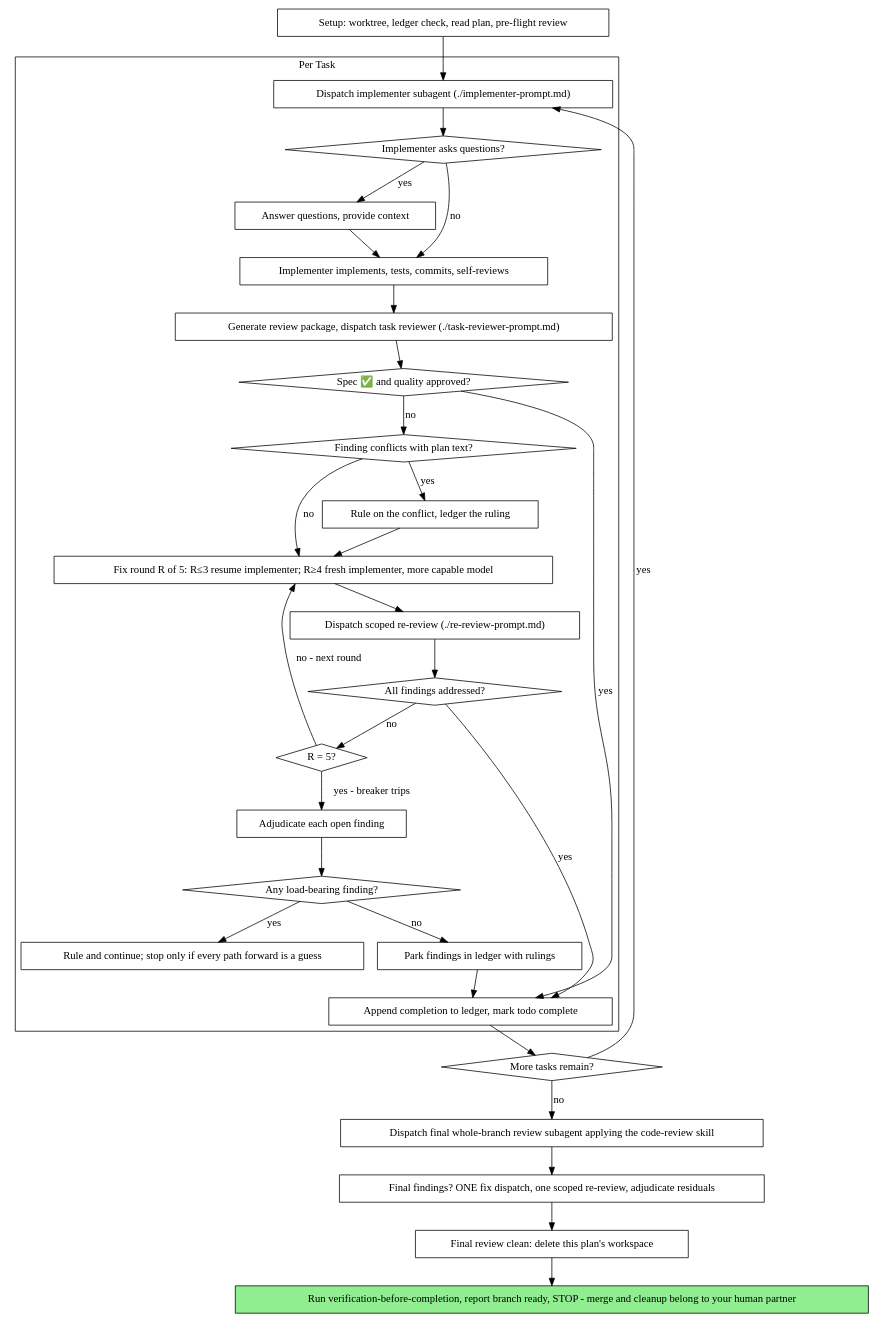
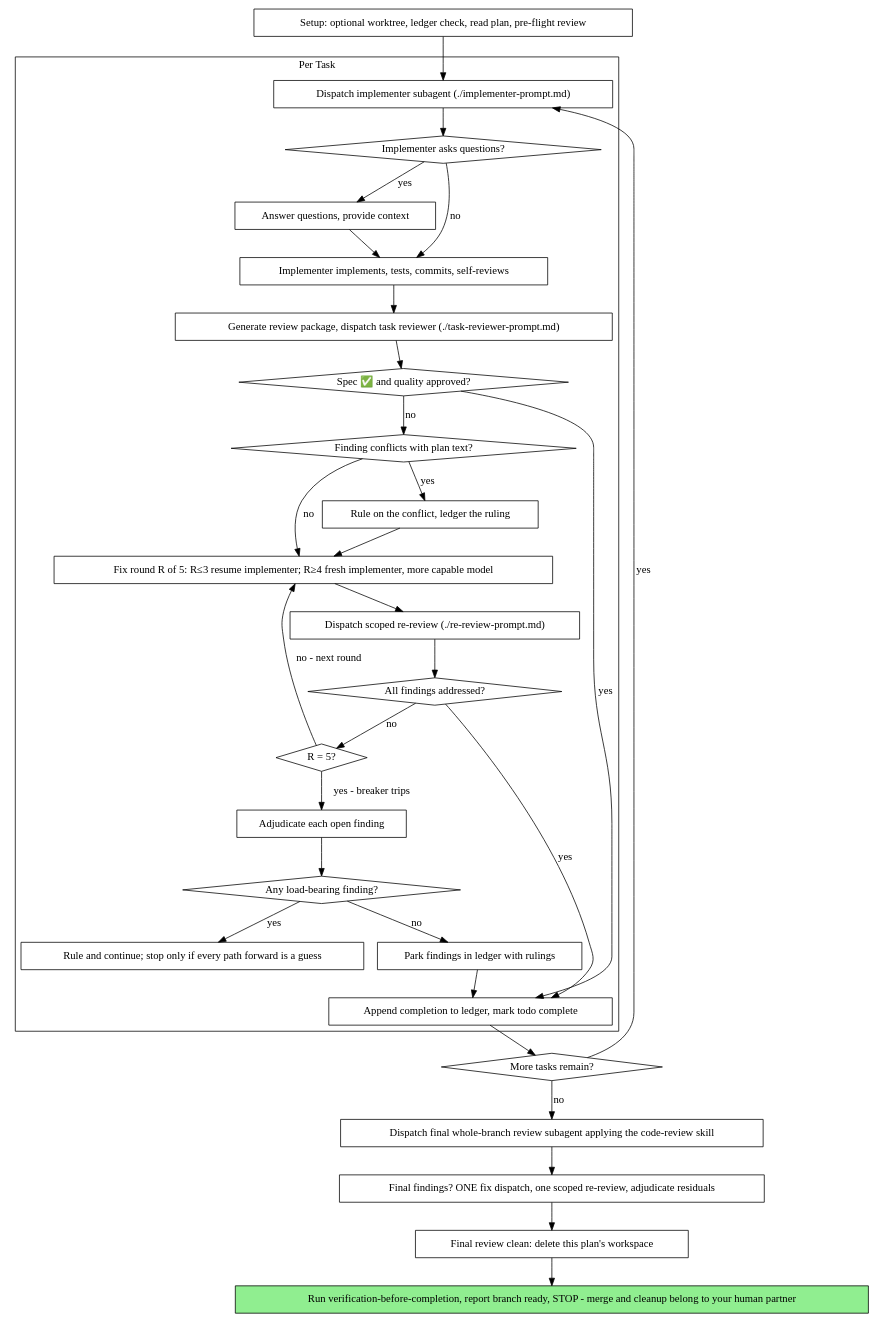
Before and after one commit to kubamarchwicki/engineering-skills: the second of 2 diagrams in skills/subagent-driven-development/SKILL.md, drawn with Graphviz. The commit also changed other lines of this file and 22 other files, not shown here.

````diff
--- a/skills/subagent-driven-development/SKILL.md
+++ b/skills/subagent-driven-development/SKILL.md
@@ -58,62 +58,62 @@
 ```dot
 digraph process {
     rankdir=TB;
 
     subgraph cluster_per_task {
         label="Per Task";
         "Dispatch implementer subagent (./implementer-prompt.md)" [shape=box];
         "Implementer asks questions?" [shape=diamond];
         "Answer questions, provide context" [shape=box];
         "Implementer implements, tests, commits, self-reviews" [shape=box];
         "Generate review package, dispatch task reviewer (./task-reviewer-prompt.md)" [shape=box];
         "Spec ✅ and quality approved?" [shape=diamond];
         "Finding conflicts with plan text?" [shape=diamond];
         "Rule on the conflict, ledger the ruling" [shape=box];
         "Fix round R of 5: R≤3 resume implementer; R≥4 fresh implementer, more capable model" [shape=box];
         "Dispatch scoped re-review (./re-review-prompt.md)" [shape=box];
         "All findings addressed?" [shape=diamond];
         "R = 5?" [shape=diamond];
         "Adjudicate each open finding" [shape=box];
         "Any load-bearing finding?" [shape=diamond];
         "Rule and continue; stop only if every path forward is a guess" [shape=box];
         "Park findings in ledger with rulings" [shape=box];
         "Append completion to ledger, mark todo complete" [shape=box];
     }
 
-    "Setup: worktree, ledger check, read plan, pre-flight review" [shape=box];
+    "Setup: optional worktree, ledger check, read plan, pre-flight review" [shape=box];
     "More tasks remain?" [shape=diamond];
     "Dispatch final whole-branch review subagent applying the code-review skill" [shape=box];
     "Final findings? ONE fix dispatch, one scoped re-review, adjudicate residuals" [shape=box];
     "Final review clean: delete this plan's workspace" [shape=box];
     "Run verification-before-completion, report branch ready, STOP - merge and cleanup belong to your human partner" [shape=box style=filled fillcolor=lightgreen];
 
-    "Setup: worktree, ledger check, read plan, pre-flight review" -> "Dispatch implementer subagent (./implementer-prompt.md)";
+    "Setup: optional worktree, ledger check, read plan, pre-flight review" -> "Dispatch implementer subagent (./implementer-prompt.md)";
     "Dispatch implementer subagent (./implementer-prompt.md)" -> "Implementer asks questions?";
     "Implementer asks questions?" -> "Answer questions, provide context" [label="yes"];
     "Answer questions, provide context" -> "Implementer implements, tests, commits, self-reviews";
     "Implementer asks questions?" -> "Implementer implements, tests, commits, self-reviews" [label="no"];
     "Implementer implements, tests, commits, self-reviews" -> "Generate review package, dispatch task reviewer (./task-reviewer-prompt.md)";
     "Generate review package, dispatch task reviewer (./task-reviewer-prompt.md)" -> "Spec ✅ and quality approved?";
     "Spec ✅ and quality approved?" -> "Append completion to ledger, mark todo complete" [label="yes"];
     "Spec ✅ and quality approved?" -> "Finding conflicts with plan text?" [label="no"];
     "Finding conflicts with plan text?" -> "Rule on the conflict, ledger the ruling" [label="yes"];
     "Rule on the conflict, ledger the ruling" -> "Fix round R of 5: R≤3 resume implementer; R≥4 fresh implementer, more capable model";
     "Finding conflicts with plan text?" -> "Fix round R of 5: R≤3 resume implementer; R≥4 fresh implementer, more capable model" [label="no"];
     "Fix round R of 5: R≤3 resume implementer; R≥4 fresh implementer, more capable model" -> "Dispatch scoped re-review (./re-review-prompt.md)";
     "Dispatch scoped re-review (./re-review-prompt.md)" -> "All findings addressed?";
     "All findings addressed?" -> "Append completion to ledger, mark todo complete" [label="yes"];
     "All findings addressed?" -> "R = 5?" [label="no"];
     "R = 5?" -> "Fix round R of 5: R≤3 resume implementer; R≥4 fresh implementer, more capable model" [label="no - next round"];
     "R = 5?" -> "Adjudicate each open finding" [label="yes - breaker trips"];
     "Adjudicate each open finding" -> "Any load-bearing finding?";
     "Any load-bearing finding?" -> "Rule and continue; stop only if every path forward is a guess" [label="yes"];
     "Any load-bearing finding?" -> "Park findings in ledger with rulings" [label="no"];
     "Park findings in ledger with rulings" -> "Append completion to ledger, mark todo complete";
     "Append completion to ledger, mark todo complete" -> "More tasks remain?";
     "More tasks remain?" -> "Dispatch implementer subagent (./implementer-prompt.md)" [label="yes"];
     "More tasks remain?" -> "Dispatch final whole-branch review subagent applying the code-review skill" [label="no"];
     "Dispatch final whole-branch review subagent applying the code-review skill" -> "Final findings? ONE fix dispatch, one scoped re-review, adjudicate residuals";
     "Final findings? ONE fix dispatch, one scoped re-review, adjudicate residuals" -> "Final review clean: delete this plan's workspace";
     "Final review clean: delete this plan's workspace" -> "Run verification-before-completion, report branch ready, STOP - merge and cleanup belong to your human partner";
 }
 ```
````
